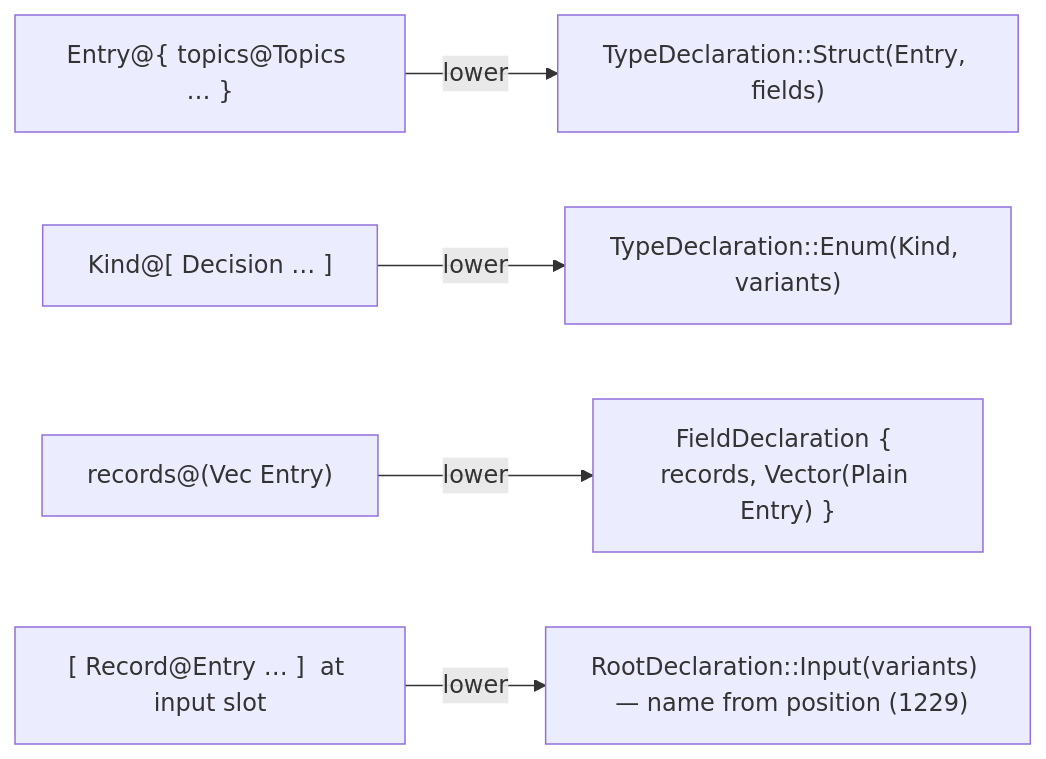
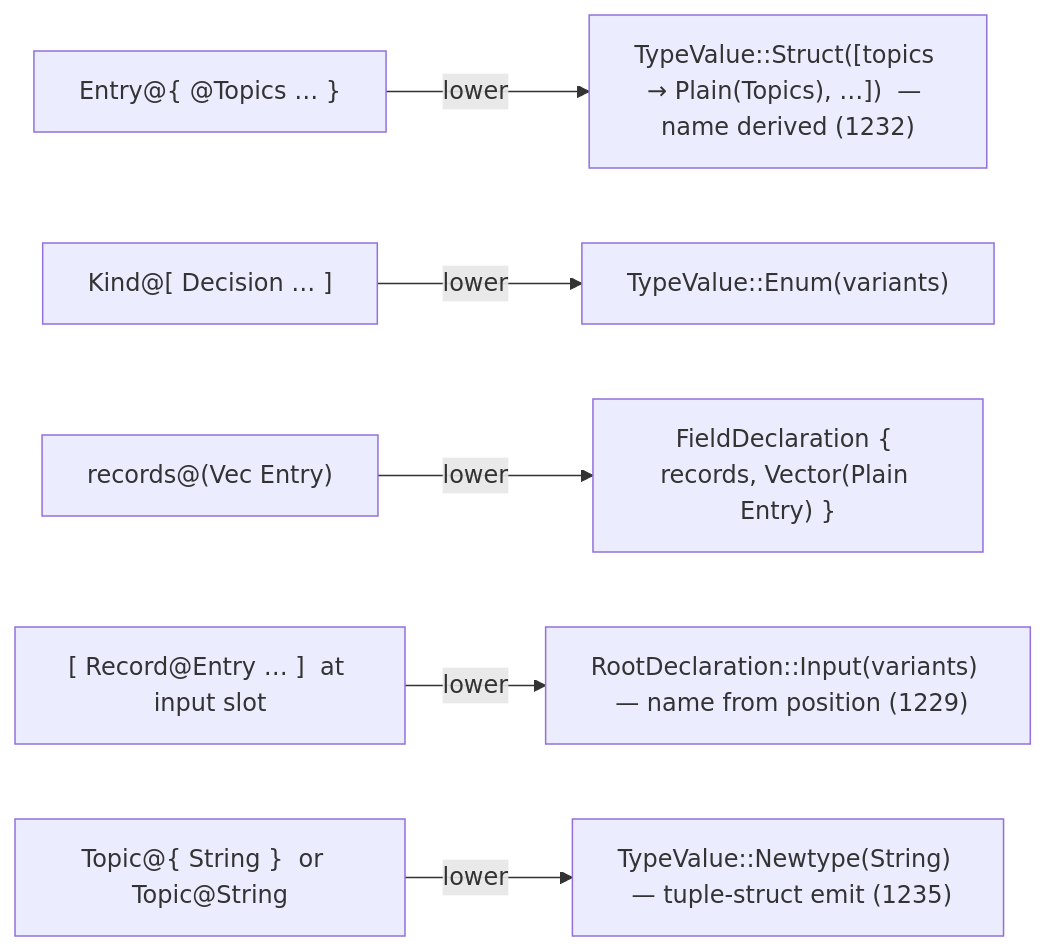
Before and after one commit to LiGoldragon/primary: the second of 2 diagrams in reports/designer/428-at-sigil-declaration-syntax-spec.md, drawn with Mermaid. The commit also changed other lines of this file and 3 other files, not shown here.

Commit message:
designer: schema-syntax — @Type derived-name shorthand (1232) + newtype = single-element brace (1235)

````diff
--- a/reports/designer/428-at-sigil-declaration-syntax-spec.md
+++ b/reports/designer/428-at-sigil-declaration-syntax-spec.md
@@ -134,7 +158,8 @@
 ```mermaid
 flowchart LR
-  a["Entry@{ topics@Topics … }"] -->|lower| b["TypeDeclaration::Struct(Entry, fields)"]
-  c["Kind@[ Decision … ]"] -->|lower| d["TypeDeclaration::Enum(Kind, variants)"]
+  a["Entry@{ @Topics … }"] -->|lower| b["TypeValue::Struct([topics → Plain(Topics), …])  — name derived (1232)"]
+  c["Kind@[ Decision … ]"] -->|lower| d["TypeValue::Enum(variants)"]
   e["records@(Vec Entry)"] -->|lower| f["FieldDeclaration { records, Vector(Plain Entry) }"]
   g["[ Record@Entry … ]  at input slot"] -->|lower| h["RootDeclaration::Input(variants)  — name from position (1229)"]
+  i["Topic@{ String }  or  Topic@String"] -->|lower| j["TypeValue::Newtype(String)  — tuple-struct emit (1235)"]
 ```
````
